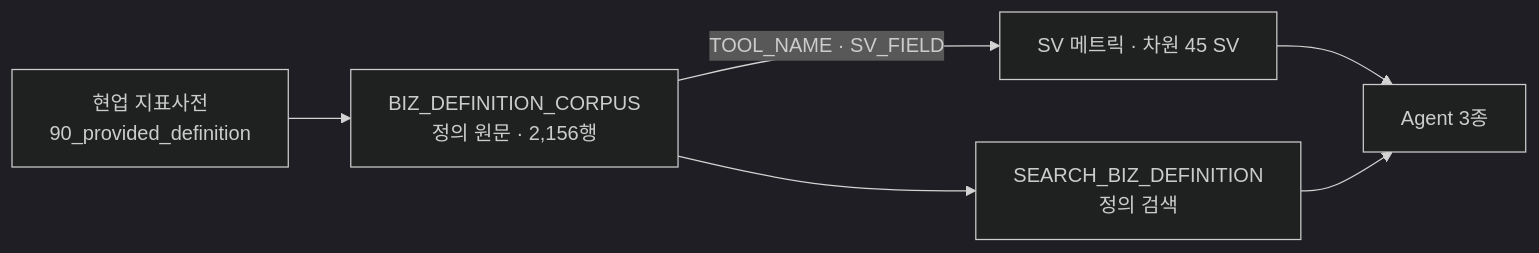
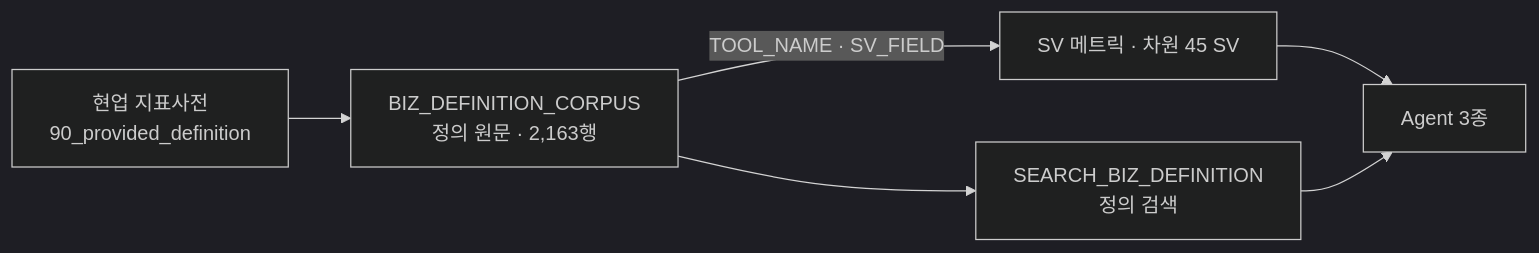
Before and after one commit to cih0802/snowflake_files: the diagram in 85_실제 인수인계 문서/20_정식산출물/D01_요구사항_지표정의서.md, drawn with Mermaid (dark theme). The commit also changed other lines of this file and 66 other files, not shown here.

````diff
--- a/85_실제 인수인계 문서/20_정식산출물/D01_요구사항_지표정의서.md
+++ b/85_실제 인수인계 문서/20_정식산출물/D01_요구사항_지표정의서.md
@@ -68,8 +68,8 @@
 ```mermaid
 graph LR
-  R[현업 지표사전<br/>90_provided_definition] --> C[BIZ_DEFINITION_CORPUS<br/>정의 원문 · 2,156행]
+  R[현업 지표사전<br/>90_provided_definition] --> C[BIZ_DEFINITION_CORPUS<br/>정의 원문 · 2,163행]
   C --> S[SEARCH_BIZ_DEFINITION<br/>정의 검색]
   C -->|TOOL_NAME · SV_FIELD| SV[SV 메트릭 · 차원 45 SV]
   SV --> A[Agent 3종]
   S --> A
 ```
````
